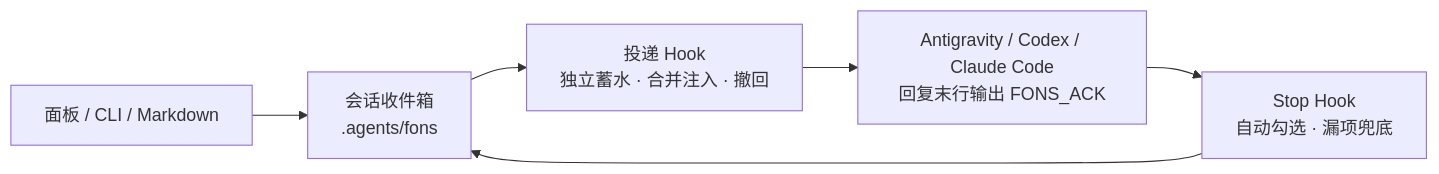
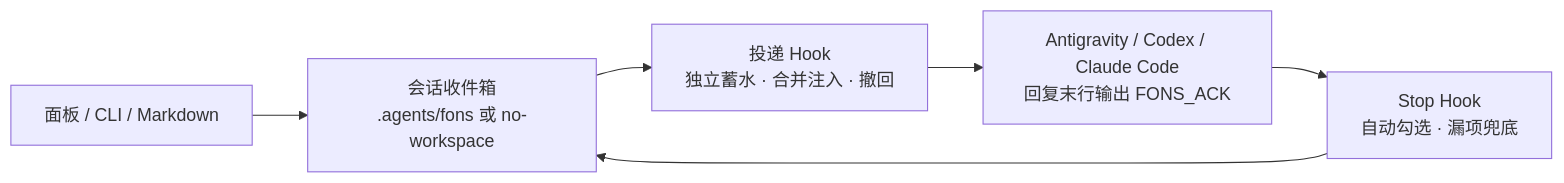
One commit to M1gr4ine/Fons changed the diagram in README.md. Above: the diagram before and after it, drawn with Mermaid. The commit also changed other lines of this file and 9 other files, not shown here.

Commit message:
feat: 调整默认消抖为 15s、精简档位预设并更新 README 与 ROADMAP

````diff
--- a/README.md
+++ b/README.md
@@ -56,12 +77,12 @@
 ```mermaid
 flowchart LR
   Input["面板 / CLI / Markdown"] --> Inbox["会话收件箱
-.agents/fons"]
+.agents/fons 或 no-workspace"]
   Inbox --> Pre["投递 Hook
 独立蓄水 · 合并注入 · 撤回"]
   Pre --> Model["Antigravity / Codex / Claude Code
 回复末行输出 FONS_ACK"]
   Model --> Stop["Stop Hook
 自动勾选 · 漏项兜底"]
   Stop --> Inbox
 ```
````
